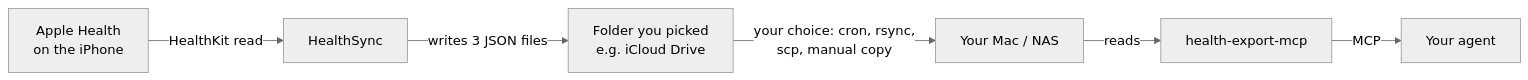
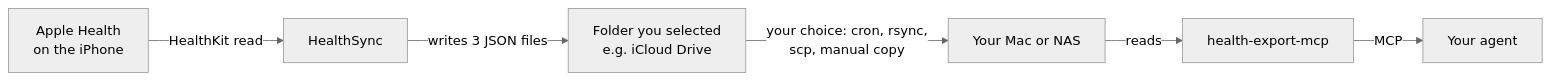
One commit to HanSur94/health-sync-ios changed the diagram in README.md. Above: the diagram before and after it, drawn with Mermaid (neutral theme). The commit also changed other lines of this file and 1 other file, not shown here.

````diff
--- a/README.md
+++ b/README.md
@@ -36,8 +39,8 @@
 ```mermaid
 flowchart LR
     A[Apple Health<br/>on the iPhone] -->|HealthKit read| B[HealthSync]
-    B -->|writes 3 JSON files| C[Folder you picked<br/>e.g. iCloud Drive]
-    C -->|your choice: cron, rsync,<br/>scp, manual copy| D[Your Mac / NAS]
+    B -->|writes 3 JSON files| C[Folder you selected<br/>e.g. iCloud Drive]
+    C -->|your choice: cron, rsync,<br/>scp, manual copy| D[Your Mac or NAS]
     D -->|reads| E[health-export-mcp]
     E -->|MCP| F[Your agent]
 ```
````
